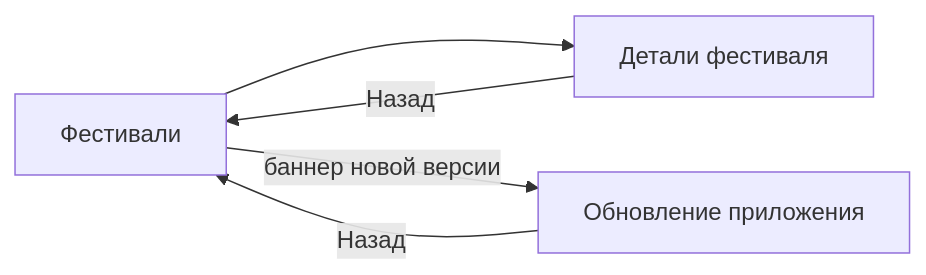
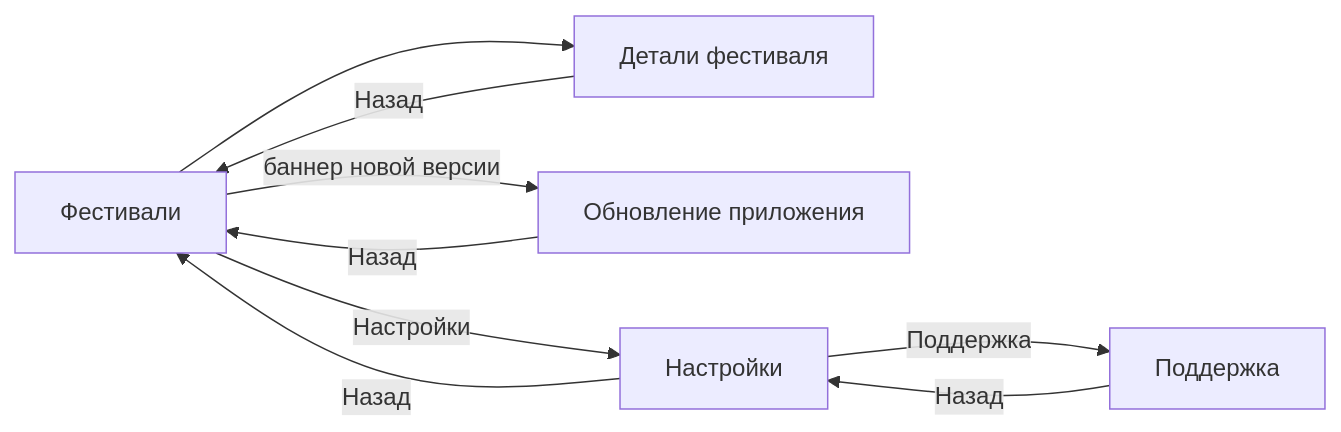
One commit to Flobsterable/cosplay-2 changed the diagram in docs/features.md. Above: the diagram before and after it, drawn with Mermaid. The commit also changed other lines of this file and 1 other file, not shown here.

````diff
--- a/docs/features.md
+++ b/docs/features.md
@@ -27,7 +29,11 @@
 ```mermaid
 flowchart LR
     Catalog[Фестивали] --> Details[Детали фестиваля]
     Catalog -->|баннер новой версии| Update[Обновление приложения]
+    Catalog -->|Настройки| Settings[Настройки]
+    Settings -->|Поддержка| Support[Поддержка]
     Details -->|Назад| Catalog
     Update -->|Назад| Catalog
+    Settings -->|Назад| Catalog
+    Support -->|Назад| Settings
 ```
````
